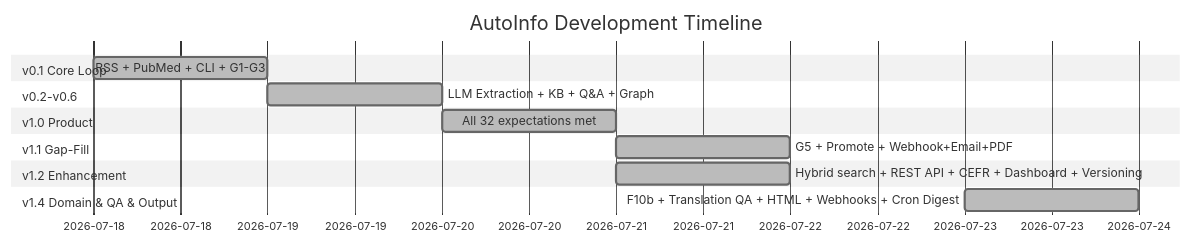
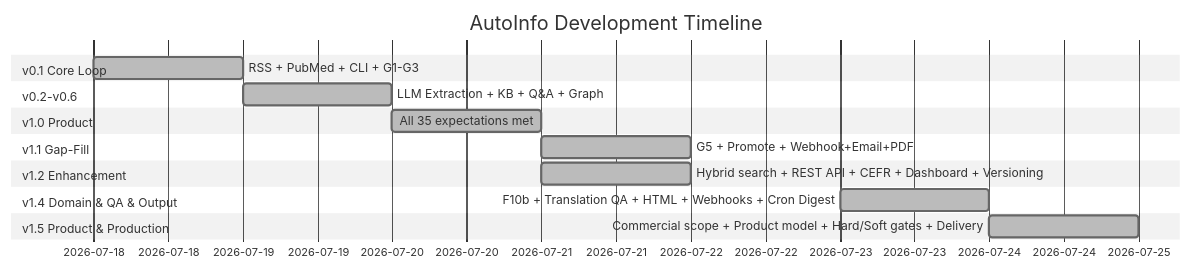
The diagram in docs/dev/founder-expectations.md (1StepMore/AutoInfo), drawn with Mermaid before and after one commit. The commit also changed other lines of this file and 10 other files, not shown here.

First line of the commit message:
docs: update all docs for v1.5 release — version, MCP/tool/test counts, quality gates, project structure

````diff
--- a/docs/dev/founder-expectations.md
+++ b/docs/dev/founder-expectations.md
@@ -786,18 +919,20 @@
 ```mermaid
 %%{init: {'theme': 'neutral', 'themeVariables': { 'fontSize': '14px'}}}%%
 gantt
     title AutoInfo Development Timeline
     dateFormat  YYYY-MM-DD
     section v0.1 Core Loop
     RSS + PubMed + CLI + G1-G3           :done, 2026-07-18, 1d
     section v0.2-v0.6
     LLM Extraction + KB + Q&A + Graph    :done, 2026-07-19, 1d
     section v1.0 Product
-    All 32 expectations met              :done, 2026-07-20, 1d
+    All 35 expectations met              :done, 2026-07-20, 1d
     section v1.1 Gap-Fill
     G5 + Promote + Webhook+Email+PDF     :done, 2026-07-21, 1d
     section v1.2 Enhancement
     Hybrid search + REST API + CEFR + Dashboard + Versioning :done, 2026-07-21, 1d
     section v1.4 Domain & QA & Output
     F10b + Translation QA + HTML + Webhooks + Cron Digest :done, 2026-07-23, 1d
+    section v1.5 Product & Production
+    Commercial scope + Product model + Hard/Soft gates + Delivery :done, 2026-07-24, 1d
 ```
````
